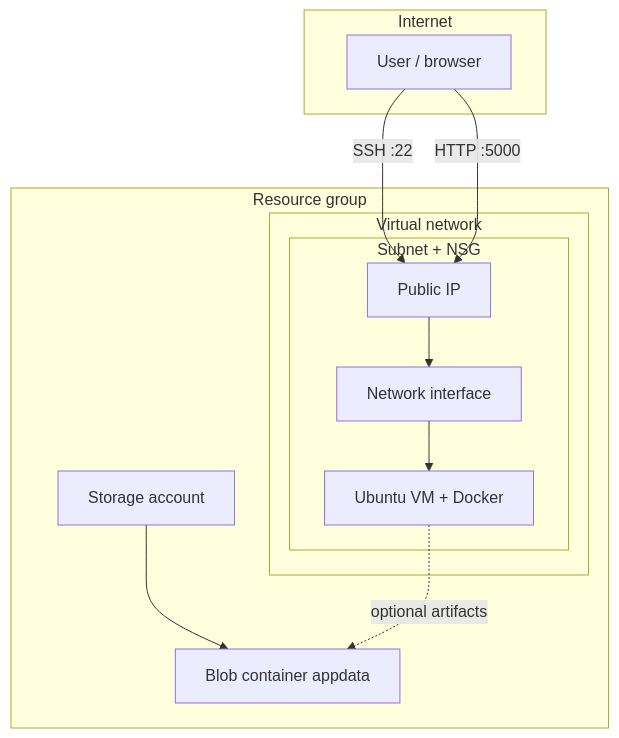
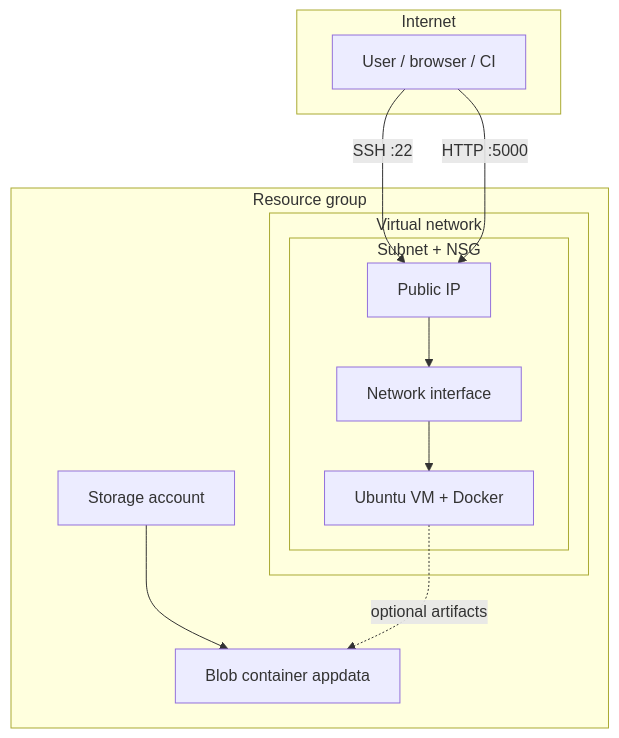
One commit to kboretska/PeEx-tasks changed the diagram in infra/azure/README.md. Above: the diagram before and after it, drawn with Mermaid. The commit also changed other lines of this file, not shown here.

````diff
--- a/infra/azure/README.md
+++ b/infra/azure/README.md
@@ -7,24 +34,24 @@
 ```mermaid
 flowchart TB
   subgraph Internet
-    User[User / browser]
+    User[User / browser / CI]
   end
 
   subgraph rg["Resource group"]
     subgraph vnet["Virtual network"]
       subgraph snet["Subnet + NSG"]
         PIP[Public IP]
         NIC[Network interface]
         VM[Ubuntu VM + Docker]
       end
     end
     STG[Storage account]
     BLOB[Blob container appdata]
   end
 
   User -->|SSH :22| PIP
   User -->|HTTP :5000| PIP
   PIP --> NIC --> VM
   STG --> BLOB
   VM -. optional artifacts .-> BLOB
 ```
````
